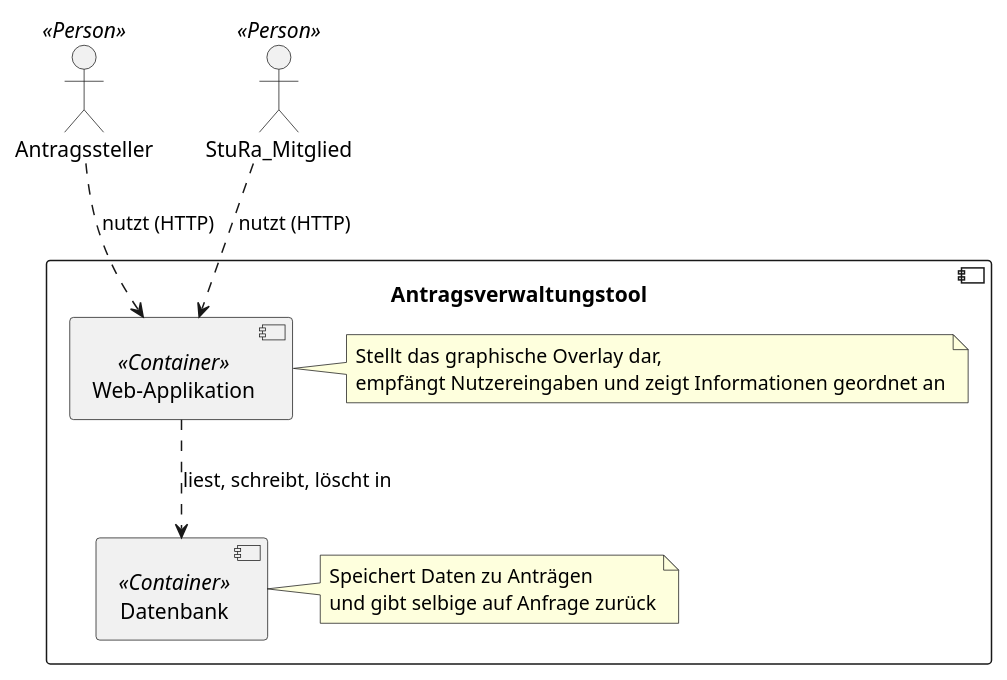
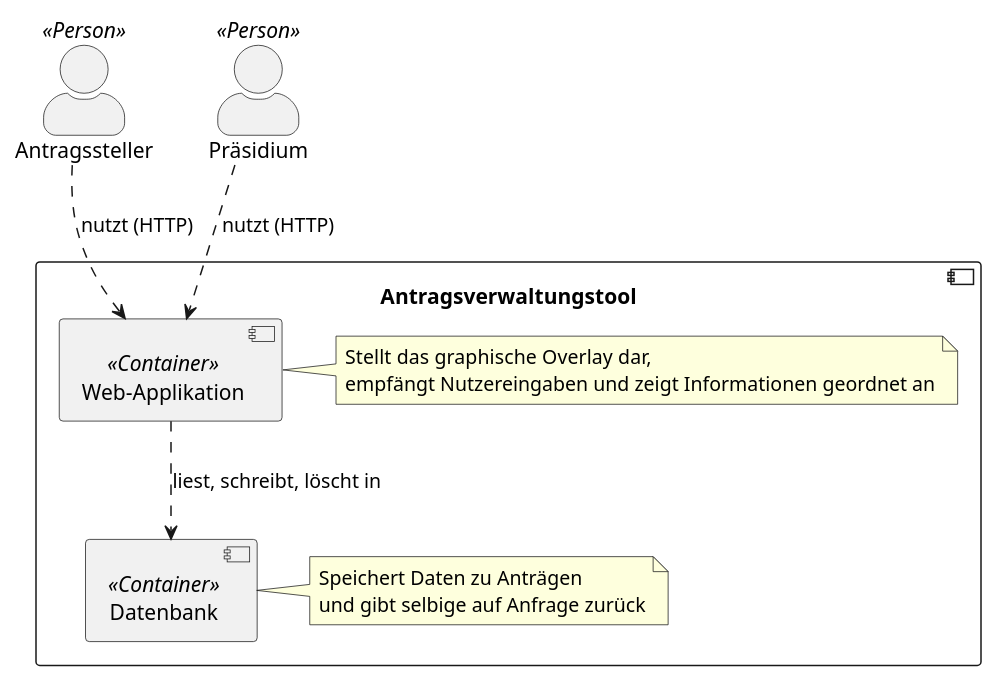
The diagram in docs/development/diagrams/c4_l2.puml (EdLaser/I3_Antragsverwaltungstool), drawn with PlantUML before and after one commit. The commit also changed 2 other files, not shown here.

```diff
--- a/docs/development/diagrams/c4_l2.puml
+++ b/docs/development/diagrams/c4_l2.puml
@@ -1,23 +1,25 @@
 @startuml "Level 2 - Container"
 
+skinparam actorStyle awesome
+
 actor Antragssteller <<Person>>
-actor StuRa_Mitglied <<Person>>
+actor Präsidium <<Person>>
 
 component "Antragsverwaltungstool" {
     component [Web-Applikation] <<Container>>
     note right of [Web-Applikation]
         Stellt das graphische Overlay dar, 
         empfängt Nutzereingaben und zeigt Informationen geordnet an
     end note
     [Datenbank] <<Container>>
     note right of [Datenbank]
         Speichert Daten zu Anträgen
         und gibt selbige auf Anfrage zurück
     end note
 }
 
 Antragssteller ..> [Web-Applikation] : nutzt (HTTP)
-StuRa_Mitglied ..> [Web-Applikation] : nutzt (HTTP)
+Präsidium ..> [Web-Applikation] : nutzt (HTTP)
 [Web-Applikation] ..> [Datenbank] : liest, schreibt, löscht in
 
 @enduml
```
